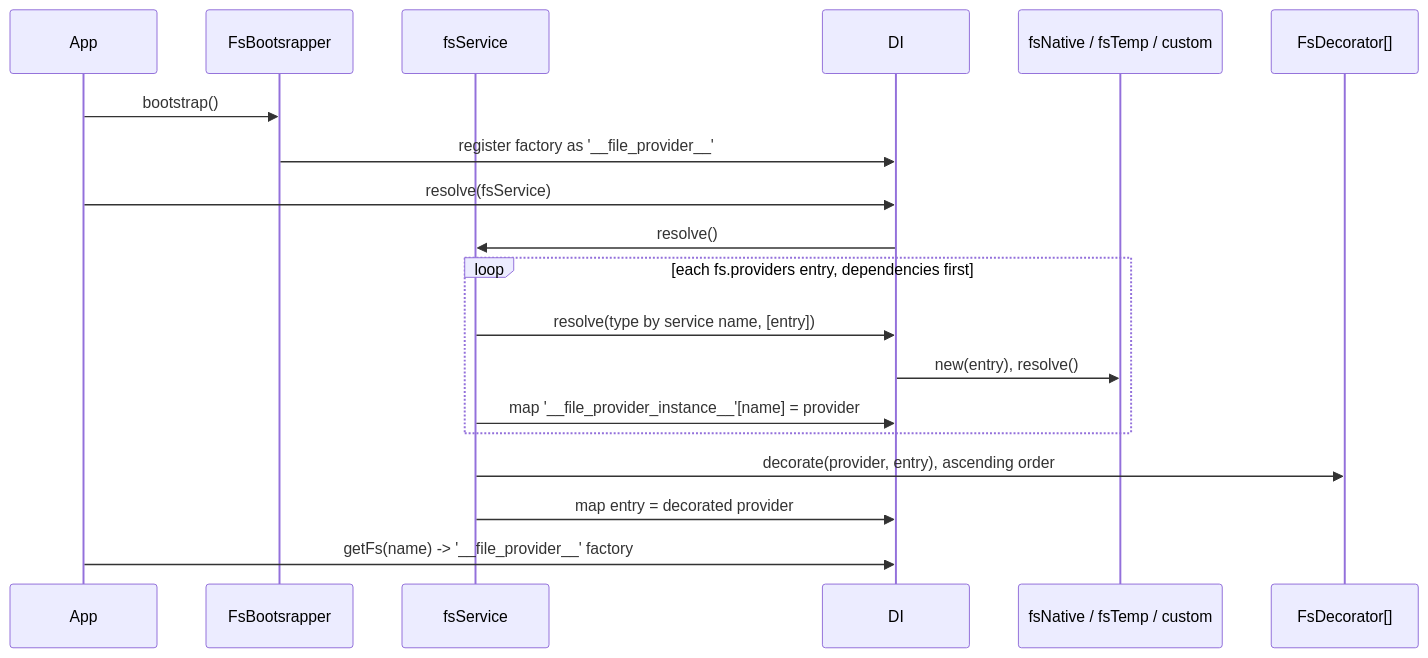
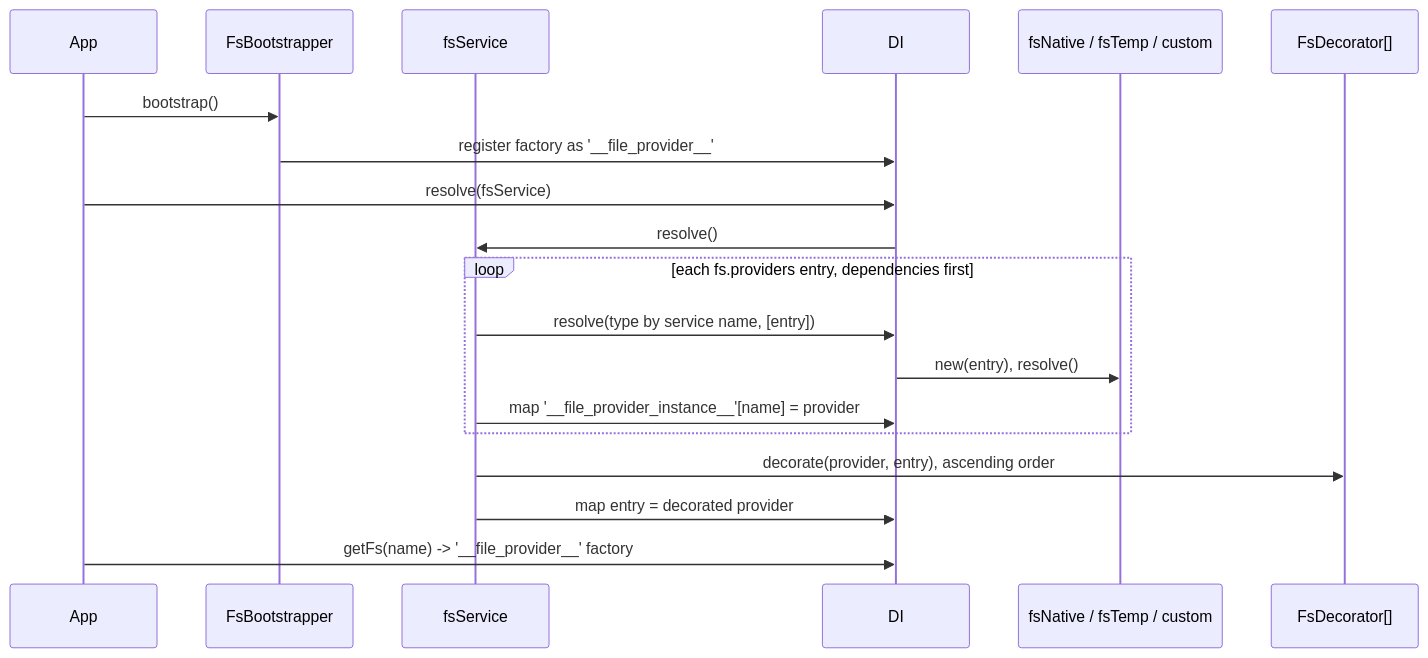
Before and after one commit to spinajs/main: the diagram in docs/fs/01-providers-and-configuration.md, drawn with Mermaid. The commit also changed other lines of this file and 30 other files, not shown here.

````diff
--- a/docs/fs/01-providers-and-configuration.md
+++ b/docs/fs/01-providers-and-configuration.md
@@ -17,21 +17,21 @@
 ```mermaid
 sequenceDiagram
   participant App
-  participant FsBootsrapper
+  participant FsBootstrapper
   participant fsService
   participant DI
   participant Provider as fsNative / fsTemp / custom
   participant Decorators as FsDecorator[]
-  App->>FsBootsrapper: bootstrap()
-  FsBootsrapper->>DI: register factory as '__file_provider__'
+  App->>FsBootstrapper: bootstrap()
+  FsBootstrapper->>DI: register factory as '__file_provider__'
   App->>DI: resolve(fsService)
   DI->>fsService: resolve()
   loop each fs.providers entry, dependencies first
     fsService->>DI: resolve(type by service name, [entry])
     DI->>Provider: new(entry), resolve()
     fsService->>DI: map '__file_provider_instance__'[name] = provider
   end
   fsService->>Decorators: decorate(provider, entry), ascending order
   fsService->>DI: map entry = decorated provider
   App->>DI: getFs(name) -> '__file_provider__' factory
 ```
````
